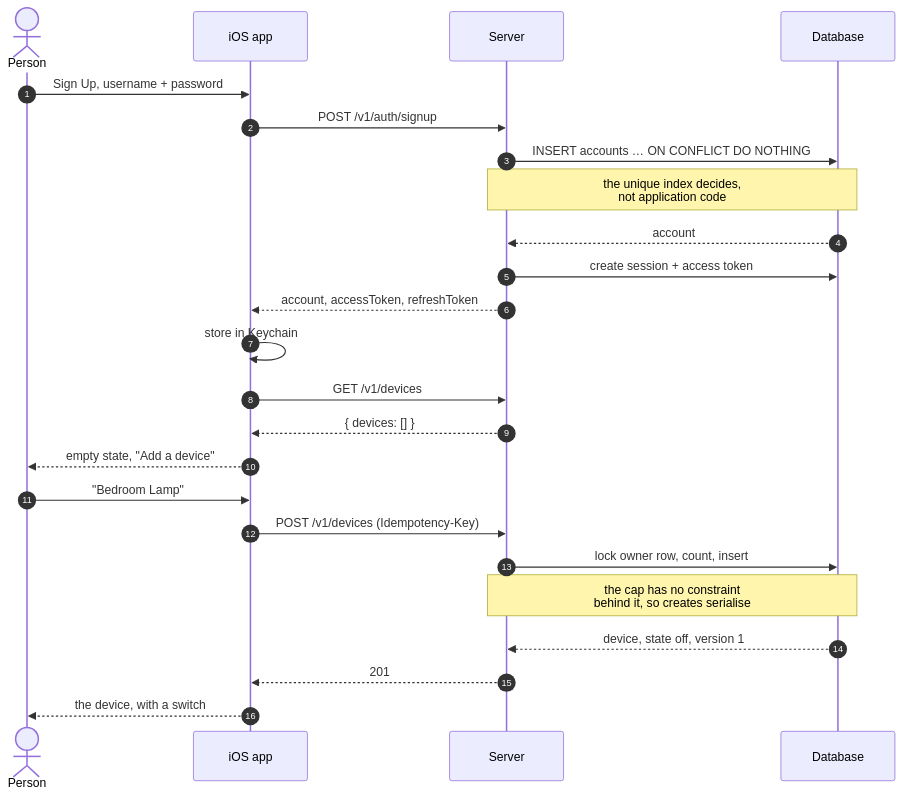
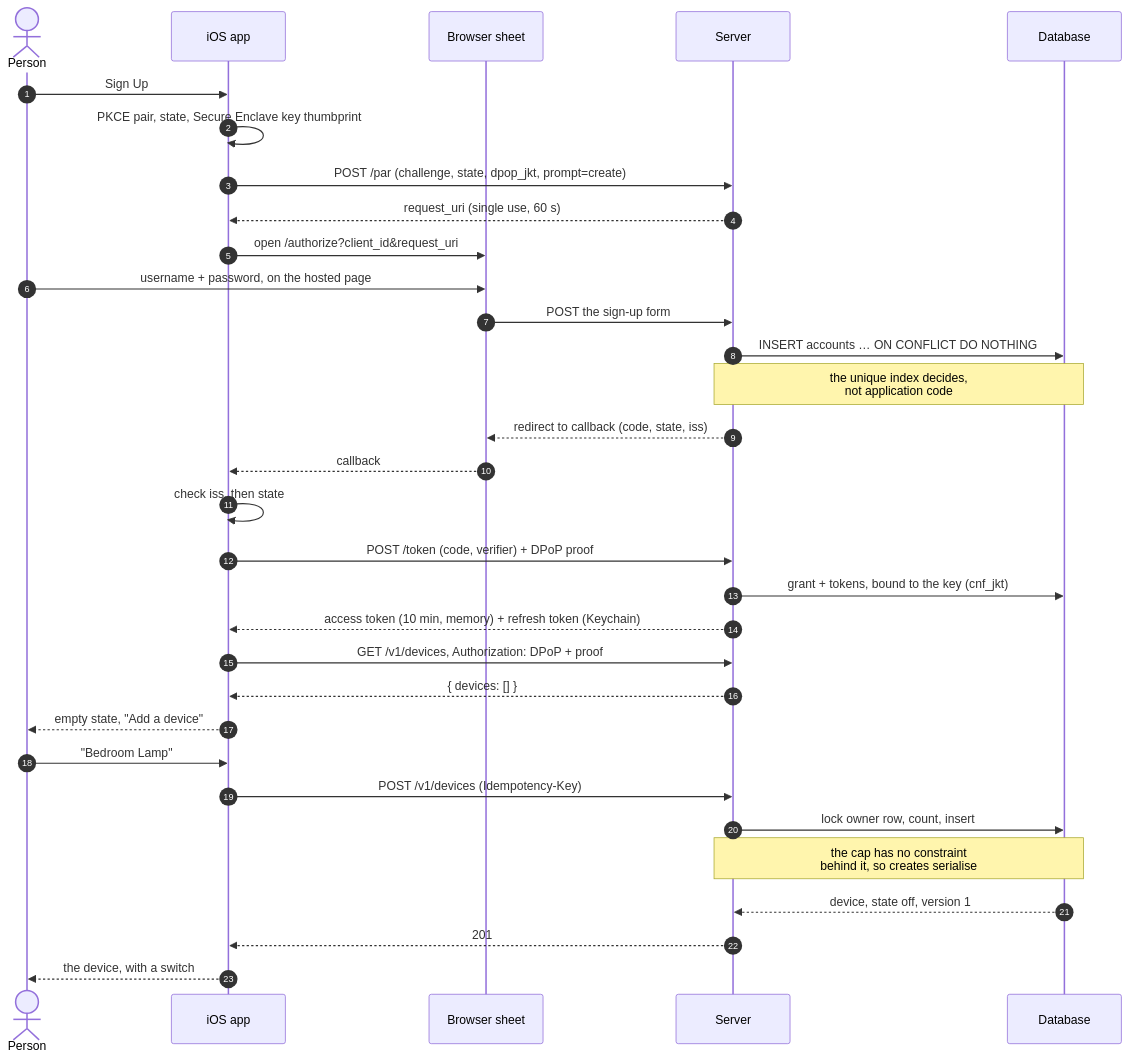
The first of 8 diagrams in docs/sequence-diagrams.md (ksypinro/MCP-UI), drawn with Mermaid before and after one commit. The commit also changed other lines of this file and 52 other files, not shown here.

````diff
--- a/docs/sequence-diagrams.md
+++ b/docs/sequence-diagrams.md
@@ -15,28 +16,36 @@
 ```mermaid
 sequenceDiagram
     autonumber
     actor U as Person
     participant A as iOS app
+    participant B as Browser sheet
     participant S as Server
     participant DB as Database
 
-    U->>A: Sign Up, username + password
-    A->>S: POST /v1/auth/signup
+    U->>A: Sign Up
+    A->>A: PKCE pair, state, Secure Enclave key thumbprint
+    A->>S: POST /par (challenge, state, dpop_jkt, prompt=create)
+    S-->>A: request_uri (single use, 60 s)
+    A->>B: open /authorize?client_id&request_uri
+    U->>B: username + password, on the hosted page
+    B->>S: POST the sign-up form
     S->>DB: INSERT accounts … ON CONFLICT DO NOTHING
     Note over S,DB: the unique index decides,<br/>not application code
-    DB-->>S: account
-    S->>DB: create session + access token
-    S-->>A: account, accessToken, refreshToken
-    A->>A: store in Keychain
-    A->>S: GET /v1/devices
+    S-->>B: redirect to callback (code, state, iss)
+    B-->>A: callback
+    A->>A: check iss, then state
+    A->>S: POST /token (code, verifier) + DPoP proof
+    S->>DB: grant + tokens, bound to the key (cnf_jkt)
+    S-->>A: access token (10 min, memory) + refresh token (Keychain)
+    A->>S: GET /v1/devices, Authorization: DPoP + proof
     S-->>A: { devices: [] }
     A-->>U: empty state, "Add a device"
 
     U->>A: "Bedroom Lamp"
     A->>S: POST /v1/devices (Idempotency-Key)
     S->>DB: lock owner row, count, insert
     Note over S,DB: the cap has no constraint<br/>behind it, so creates serialise
     DB-->>S: device, state off, version 1
     S-->>A: 201
     A-->>U: the device, with a switch
 ```
````
